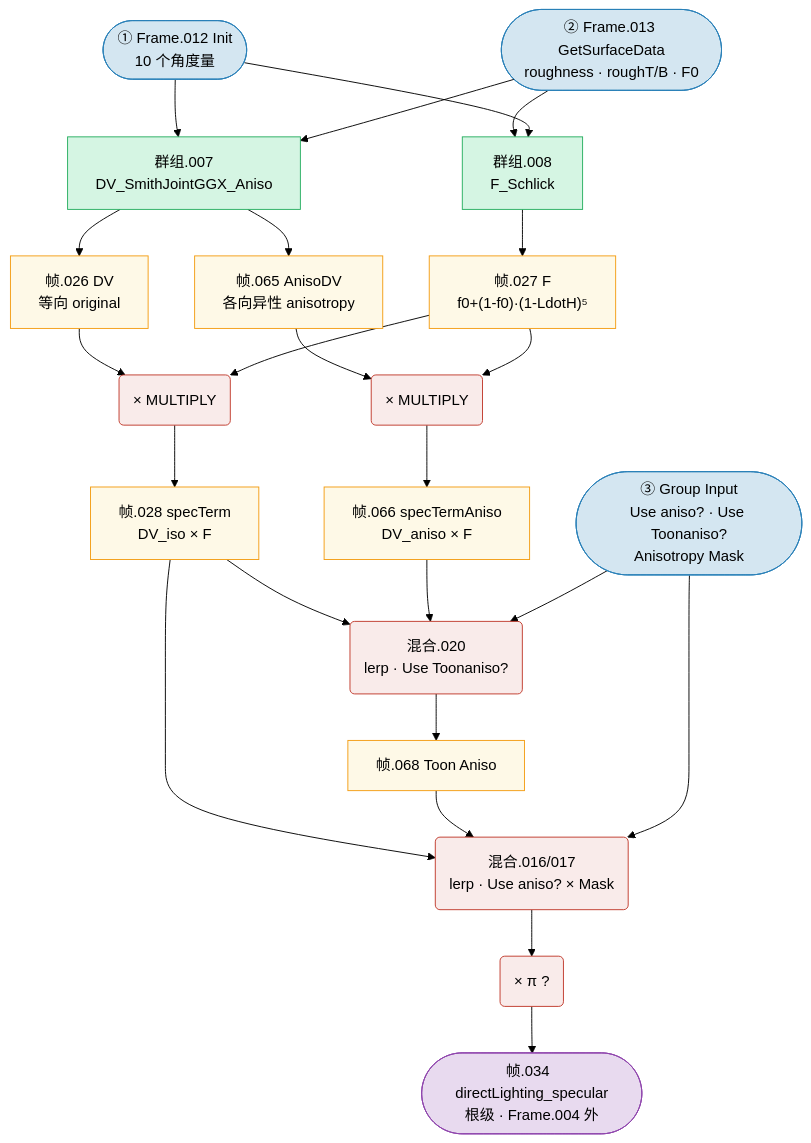
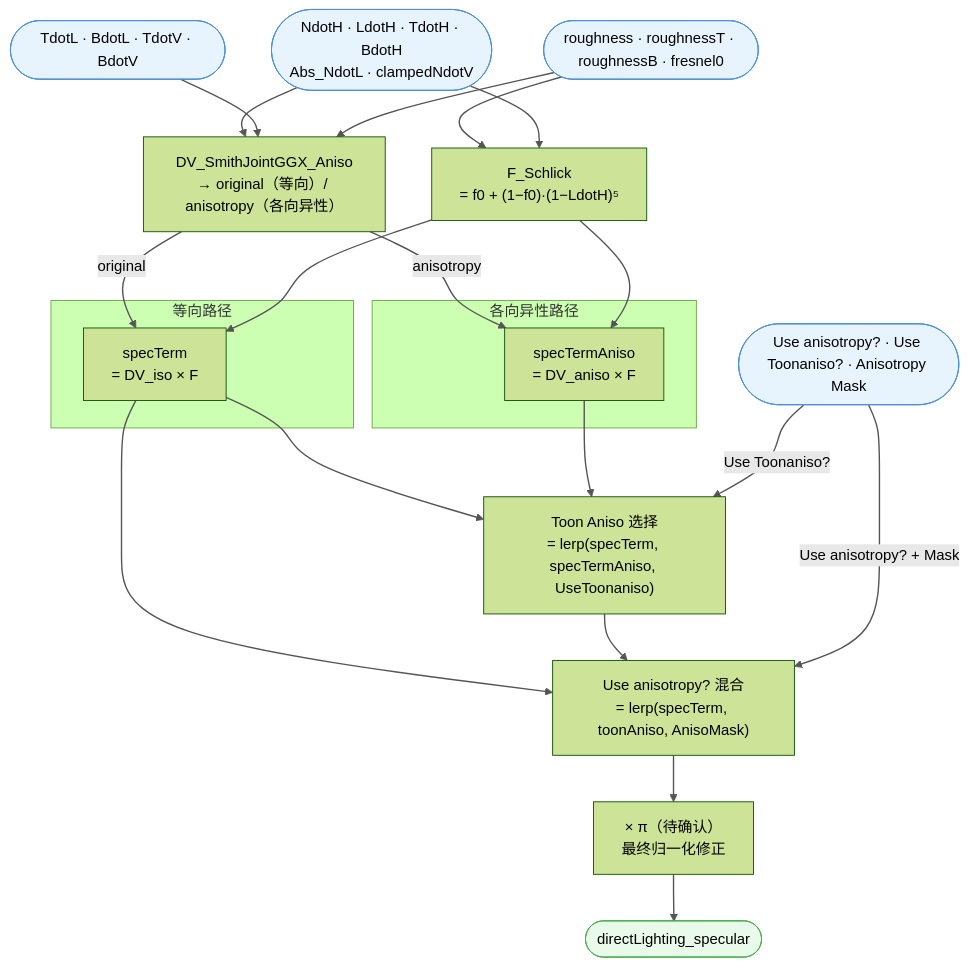
The diagram in shader-migration/docs/analysis/Frames/Frame004_SpecularBRDF.md (Akanekira/GooBlenderMCP), drawn with Mermaid (forest theme) before and after one commit. The commit also changed other lines of this file and 6 other files, not shown here.

````diff
--- a/shader-migration/docs/analysis/Frames/Frame004_SpecularBRDF.md
+++ b/shader-migration/docs/analysis/Frames/Frame004_SpecularBRDF.md
@@ -75,74 +75,51 @@
 ```mermaid
 flowchart TD
-    %% ── 外部输入（①②③ 见图注）──────────────────────────
-    IN_Init(["① Frame.012 Init\n10 个角度量"])
-    IN_Surf(["② Frame.013 GetSurfaceData\nroughness · roughT/B · F0"])
-    IN_Flag(["③ Group Input\nUse aniso? · Use Toonaniso?\nAnisotropy Mask"])
+    IN_angles(["NdotH · LdotH · TdotH · BdotH<br/>Abs_NdotL · clampedNdotV"])
+    IN_aniso(["TdotL · BdotL · TdotV · BdotV"])
+    IN_surf(["roughness · roughnessT · roughnessB · fresnel0"])
+    IN_flags(["Use anisotropy? · Use Toonaniso? · Anisotropy Mask"])
 
-    %% ── 子群组 ────────────────────────          ──────────────────
-    DV007["群组.007\nDV_SmithJointGGX_Aniso"]
-    F008["群组.008\nF_Schlick"]
+    DV["DV_SmithJointGGX_Aniso<br/>→ original（等向）/ anisotropy（各向异性）"]
+    F_schlick["F_Schlick<br/>= f0 + (1−f0)·(1−LdotH)⁵"]
 
-    %% ── DV 双路 + F ─────────────────────────────────────
-    DV_iso["帧.026  DV\n等向 original"]
-    DV_aniso["帧.065  AnisoDV\n各向异性 anisotropy"]
-    F_out["帧.027  F\nf0+(1-f0)·(1-LdotH)⁵"]
+    subgraph ISO["等向路径"]
+        specTerm["specTerm<br/>= DV_iso × F"]
+    end
 
-    %% ── 两路乘法 ─────────────────────────────────────────
-    VM003("× MULTIPLY")
-    VM018("× MULTIPLY")
-    specTerm["帧.028  specTerm\nDV_iso × F"]
-    specTermAniso["帧.066  specTermAniso\nDV_aniso × F"]
+    subgraph ANISO["各向异性路径"]
+        specTermAniso["specTermAniso<br/>= DV_aniso × F"]
+    end
 
-    %% ── 两级混合 ─────────────────────────────────────────
-    MIX020("混合.020\nlerp · Use Toonaniso?")
-    toonAniso["帧.068  Toon Aniso"]
-    MIX016("混合.016/017\nlerp · Use aniso? × Mask")
+    toonAniso["Toon Aniso 选择<br/>= lerp(specTerm, specTermAniso, UseToonaniso)"]
+    finalSpec["Use anisotropy? 混合<br/>= lerp(specTerm, toonAniso, AnisoMask)"]
+    piCorr["× π（待确认）<br/>最终归一化修正"]
+    OUT(["directLighting_specular"])
 
-    %% ── 输出 ──────────────────────────────────────────────
-    VM016("× π ?")
-    OUT(["帧.034  directLighting_specular\n根级 · Frame.004 外"])
+    IN_angles --> DV
+    IN_aniso --> DV
+    IN_surf --> DV
+    IN_surf --> F_schlick
+    IN_angles --> F_schlick
 
-    %% ── 连线 ──────────────────────────────────────────────
-    IN_Init --> DV007
-    IN_Surf --> DV007
-    IN_Surf --> F008
-    IN_Init --> F008
+    DV -->|"original"| specTerm
+    DV -->|"anisotropy"| specTermAniso
+    F_schlick --> specTerm
+    F_schlick --> specTermAniso
 
-    DV007 --> DV_iso
-    DV007 --> DV_aniso
-    F008  --> F_out
+    specTerm --> toonAniso
+    specTermAniso --> toonAniso
+    IN_flags -->|"Use Toonaniso?"| toonAniso
 
-    DV_iso   --> VM003
-    F_out    --> VM003
-    VM003    --> specTerm
+    specTerm --> finalSpec
+    toonAniso --> finalSpec
+    IN_flags -->|"Use anisotropy? + Mask"| finalSpec
 
-    DV_aniso --> VM018
-    F_out    --> VM018
-    VM018    --> specTermAniso
+    finalSpec --> piCorr
+    piCorr --> OUT
 
-    specTerm      --> MIX020
-    specTermAniso --> MIX020
-    IN_Flag       --> MIX020
-    MIX020        --> toonAniso
-
-    specTerm  --> MIX016
-    toonAniso --> MIX016
-    IN_Flag   --> MIX016
-
-    MIX016 --> VM016
-    VM016  --> OUT
-
-    %% ── 样式 ──────────────────────────────────────────────
-    classDef input  fill:#d4e6f1,stroke:#2980b9,color:#000
-    classDef group  fill:#d5f5e3,stroke:#27ae60,color:#000
-    classDef frame  fill:#fef9e7,stroke:#f39c12,color:#000
-    classDef op     fill:#f9ebea,stroke:#c0392b,color:#000
-    classDef output fill:#e8daef,stroke:#8e44ad,color:#000
-
-    class IN_Init,IN_Surf,IN_Flag input
-    class DV007,F008 group
-    class DV_iso,DV_aniso,F_out,specTerm,specTermAniso,toonAniso frame
-    class VM003,VM018,MIX020,MIX016,VM016 op
+    classDef input  fill:#e8f4fd,stroke:#4a90d9
+    classDef output fill:#eafaea,stroke:#4caf50
+    class IN_angles,IN_aniso,IN_surf,IN_flags input
     class OUT output
+    linkStyle default stroke:#555,stroke-width:1.5px
 ```
````
